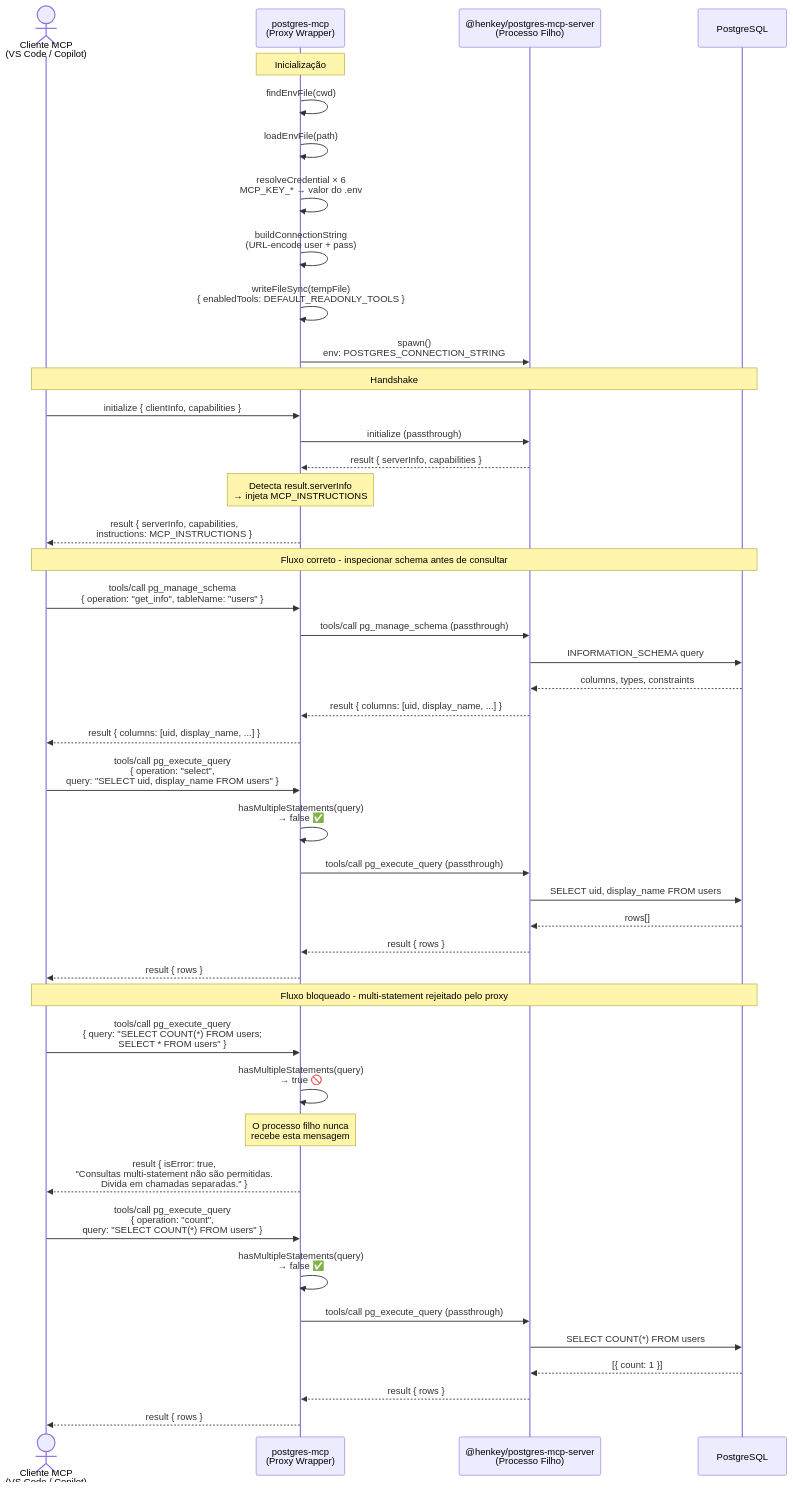
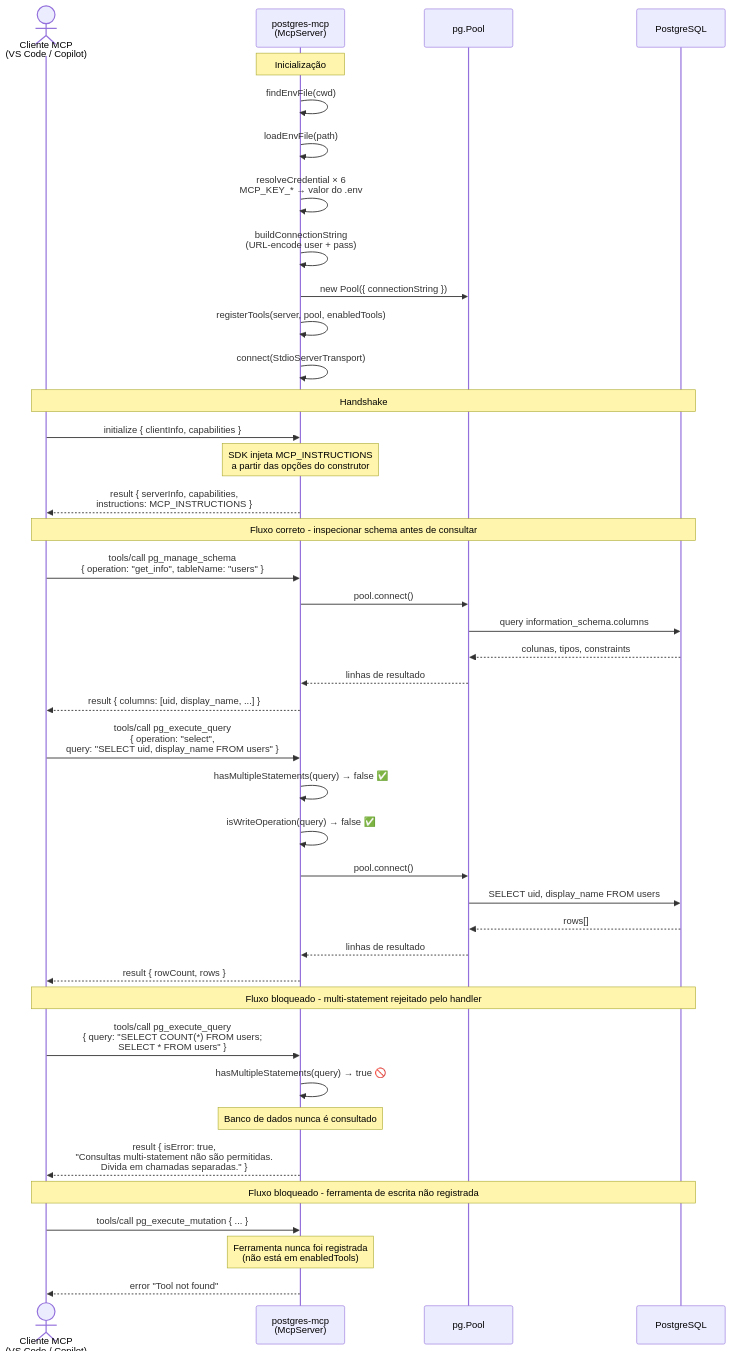
The diagram in ARCHITECT_PT.md (edelciomolina/postgres-mcp), drawn with Mermaid before and after one commit. The commit also changed other lines of this file and 8 other files, not shown here.

````diff
--- a/ARCHITECT_PT.md
+++ b/ARCHITECT_PT.md
@@ -21,58 +22,55 @@
 ```mermaid
 sequenceDiagram
     actor Client as Cliente MCP<br/>(VS Code / Copilot)
-    participant Proxy as postgres-mcp<br/>(Proxy Wrapper)
-    participant Child as @henkey/postgres-mcp-server<br/>(Processo Filho)
+    participant Server as postgres-mcp<br/>(McpServer)
+    participant Pool as pg.Pool
     participant PG as PostgreSQL
 
     %% ── Boot ──────────────────────────────────────────────────────────
-    note over Proxy: Inicialização
-    Proxy->>Proxy: findEnvFile(cwd)
-    Proxy->>Proxy: loadEnvFile(path)
-    Proxy->>Proxy: resolveCredential × 6<br/>MCP_KEY_* → valor do .env
-    Proxy->>Proxy: buildConnectionString<br/>(URL-encode user + pass)
-    Proxy->>Proxy: writeFileSync(tempFile)<br/>{ enabledTools: DEFAULT_READONLY_TOOLS }
-    Proxy->>Child: spawn()<br/>env: POSTGRES_CONNECTION_STRING
+    note over Server: Inicialização
+    Server->>Server: findEnvFile(cwd)
+    Server->>Server: loadEnvFile(path)
+    Server->>Server: resolveCredential × 6<br/>MCP_KEY_* → valor do .env
+    Server->>Server: buildConnectionString<br/>(URL-encode user + pass)
+    Server->>Pool: new Pool({ connectionString })
+    Server->>Server: registerTools(server, pool, enabledTools)
+    Server->>Server: connect(StdioServerTransport)
 
     %% ── Handshake ─────────────────────────────────────────────────────
     note over Client,PG: Handshake
-    Client->>Proxy: initialize { clientInfo, capabilities }
-    Proxy->>Child: initialize (passthrough)
-    Child-->>Proxy: result { serverInfo, capabilities }
-    note over Proxy: Detecta result.serverInfo<br/>→ injeta MCP_INSTRUCTIONS
-    Proxy-->>Client: result { serverInfo, capabilities,<br/>instructions: MCP_INSTRUCTIONS }
+    Client->>Server: initialize { clientInfo, capabilities }
+    note over Server: SDK injeta MCP_INSTRUCTIONS<br/>a partir das opções do construtor
+    Server-->>Client: result { serverInfo, capabilities,<br/>instructions: MCP_INSTRUCTIONS }
 
     %% ── Schema check before query ─────────────────────────────────────
     note over Client,PG: Fluxo correto - inspecionar schema antes de consultar
-    Client->>Proxy: tools/call pg_manage_schema<br/>{ operation: "get_info", tableName: "users" }
-    Proxy->>Child: tools/call pg_manage_schema (passthrough)
-    Child->>PG: INFORMATION_SCHEMA query
-    PG-->>Child: columns, types, constraints
-    Child-->>Proxy: result { columns: [uid, display_name, ...] }
-    Proxy-->>Client: result { columns: [uid, display_name, ...] }
+    Client->>Server: tools/call pg_manage_schema<br/>{ operation: "get_info", tableName: "users" }
+    Server->>Pool: pool.connect()
+    Pool->>PG: query information_schema.columns
+    PG-->>Pool: colunas, tipos, constraints
+    Pool-->>Server: linhas de resultado
+    Server-->>Client: result { columns: [uid, display_name, ...] }
 
     %% ── Valid single query ────────────────────────────────────────────
-    Client->>Proxy: tools/call pg_execute_query<br/>{ operation: "select",<br/>  query: "SELECT uid, display_name FROM users" }
-    Proxy->>Proxy: hasMultipleStatements(query)<br/>→ false ✅
-    Proxy->>Child: tools/call pg_execute_query (passthrough)
-    Child->>PG: SELECT uid, display_name FROM users
-    PG-->>Child: rows[]
-    Child-->>Proxy: result { rows }
-    Proxy-->>Client: result { rows }
+    Client->>Server: tools/call pg_execute_query<br/>{ operation: "select",<br/>  query: "SELECT uid, display_name FROM users" }
+    Server->>Server: hasMultipleStatements(query) → false ✅
+    Server->>Server: isWriteOperation(query) → false ✅
+    Server->>Pool: pool.connect()
+    Pool->>PG: SELECT uid, display_name FROM users
+    PG-->>Pool: rows[]
+    Pool-->>Server: linhas de resultado
+    Server-->>Client: result { rowCount, rows }
 
     %% ── Multi-statement blocked ───────────────────────────────────────
-    note over Client,PG: Fluxo bloqueado - multi-statement rejeitado pelo proxy
-    Client->>Proxy: tools/call pg_execute_query<br/>{ query: "SELECT COUNT(*) FROM users#59;<br/>  SELECT * FROM users" }
-    Proxy->>Proxy: hasMultipleStatements(query)<br/>→ true 🚫
-    note over Proxy: O processo filho nunca<br/>recebe esta mensagem
-    Proxy-->>Client: result { isError: true,<br/>"Consultas multi-statement não são permitidas.<br/>Divida em chamadas separadas." }
+    note over Client,PG: Fluxo bloqueado - multi-statement rejeitado pelo handler
+    Client->>Server: tools/call pg_execute_query<br/>{ query: "SELECT COUNT(*) FROM users#59;<br/>  SELECT * FROM users" }
+    Server->>Server: hasMultipleStatements(query) → true 🚫
+    note over Server: Banco de dados nunca é consultado
+    Server-->>Client: result { isError: true,<br/>"Consultas multi-statement não são permitidas.<br/>Divida em chamadas separadas." }
 
-    %% ── Correct count ─────────────────────────────────────────────────
-    Client->>Proxy: tools/call pg_execute_query<br/>{ operation: "count",<br/>  query: "SELECT COUNT(*) FROM users" }
-    Proxy->>Proxy: hasMultipleStatements(query)<br/>→ false ✅
-    Proxy->>Child: tools/call pg_execute_query (passthrough)
-    Child->>PG: SELECT COUNT(*) FROM users
-    PG-->>Child: [{ count: 1 }]
-    Child-->>Proxy: result { rows }
-    Proxy-->>Client: result { rows }
+    %% ── Unregistered tool ─────────────────────────────────────────────
+    note over Client,PG: Fluxo bloqueado - ferramenta de escrita não registrada
+    Client->>Server: tools/call pg_execute_mutation { ... }
+    note over Server: Ferramenta nunca foi registrada<br/>(não está em enabledTools)
+    Server-->>Client: error "Tool not found"
 ```
````
